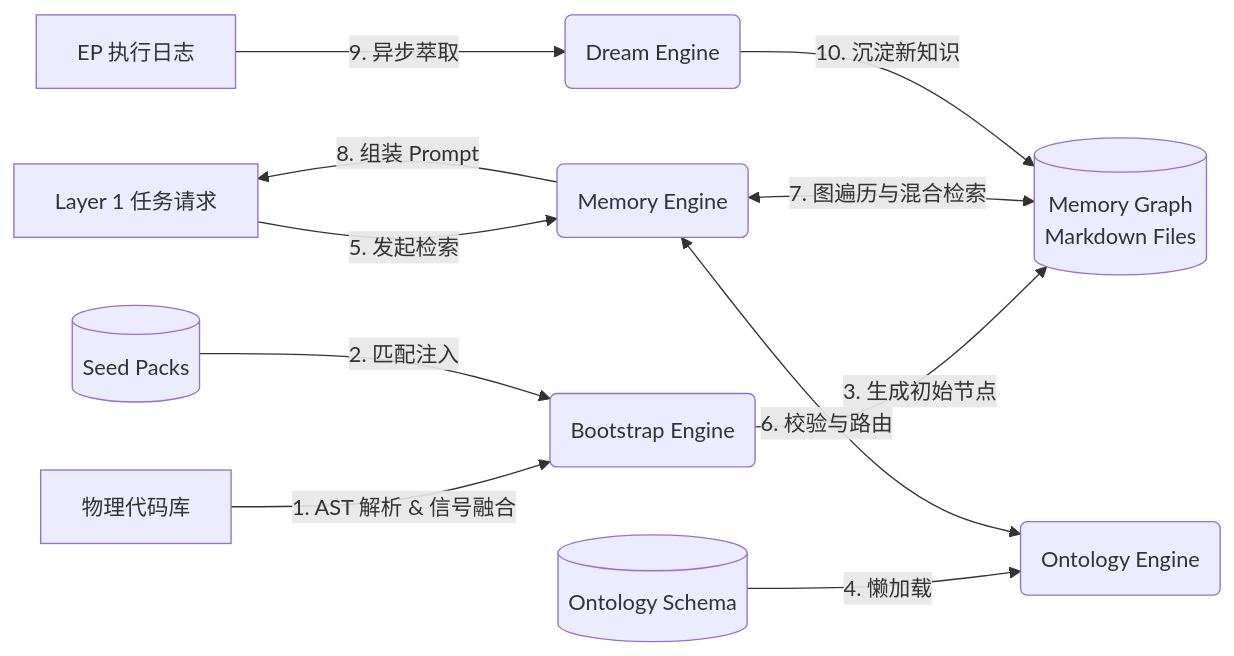
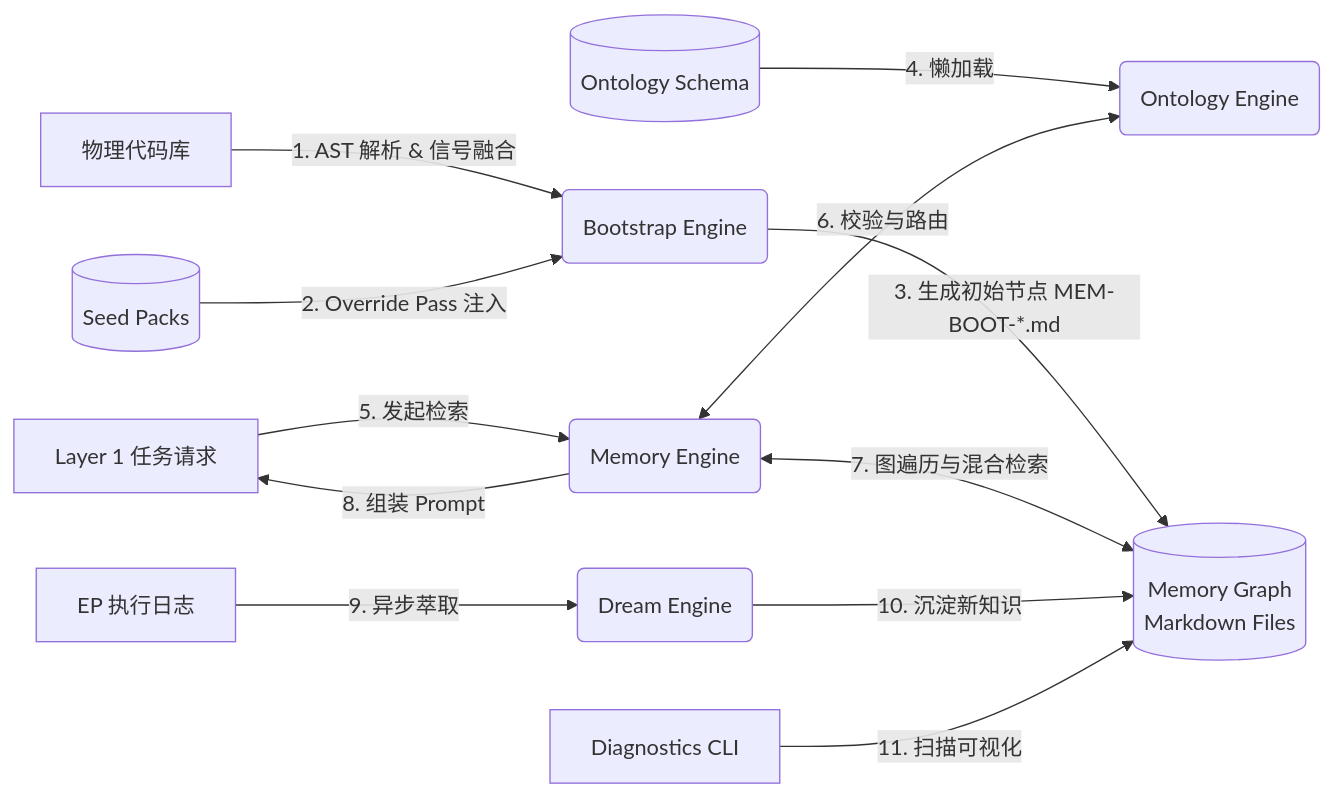
One commit to allengaoo/mms changed the second of 2 diagrams in layer2_readme.md. Above: the diagram before and after it, drawn with Mermaid. The commit also changed other lines of this file and 4 other files, not shown here.

````diff
--- a/layer2_readme.md
+++ b/layer2_readme.md
@@ -52,16 +67,18 @@
 ```mermaid
 flowchart LR
     Code[物理代码库] -->|1. AST 解析 & 信号融合| Boot(Bootstrap Engine)
-    SP[(Seed Packs)] -->|2. 匹配注入| Boot
-    Boot -->|3. 生成初始节点| Graph[(Memory Graph<br/>Markdown Files)]
-    
+    SP[(Seed Packs)] -->|2. Override Pass 注入| Boot
+    Boot -->|3. 生成初始节点 MEM-BOOT-*.md| Graph[(Memory Graph<br/>Markdown Files)]
+
     YAML[(Ontology Schema)] -->|4. 懒加载| Onto(Ontology Engine)
-    
+
     Task[Layer 1 任务请求] -->|5. 发起检索| Mem(Memory Engine)
     Mem <-->|6. 校验与路由| Onto
     Mem <-->|7. 图遍历与混合检索| Graph
     Mem -->|8. 组装 Prompt| Task
-    
+
     Log[EP 执行日志] -->|9. 异步萃取| Dream(Dream Engine)
     Dream -->|10. 沉淀新知识| Graph
+
+    Diag[Diagnostics CLI] -->|11. 扫描可视化| Graph
 ```
````
